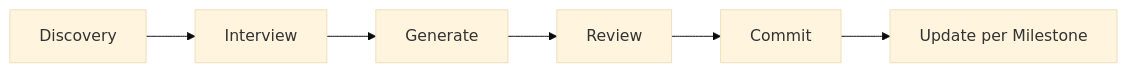
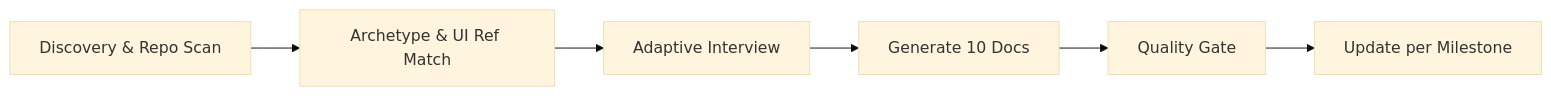
One commit to giriedu/maxilun changed the diagram in skills/maxilun-scaffold/SKILL.md. Above: the diagram before and after it, drawn with Mermaid (base theme). The commit also changed other lines of this file and 46 other files, not shown here.

````diff
--- a/skills/maxilun-scaffold/SKILL.md
+++ b/skills/maxilun-scaffold/SKILL.md
@@ -76,8 +85,8 @@
 ```mermaid
 flowchart LR
-    A[Discovery] --> B[Interview]
-    B --> C[Generate]
-    C --> D[Review]
-    D --> E[Commit]
+    A[Discovery & Repo Scan] --> B[Archetype & UI Ref Match]
+    B --> C[Adaptive Interview]
+    C --> D[Generate 10 Docs]
+    D --> E[Quality Gate]
     E --> F[Update per Milestone]
 ```
````
